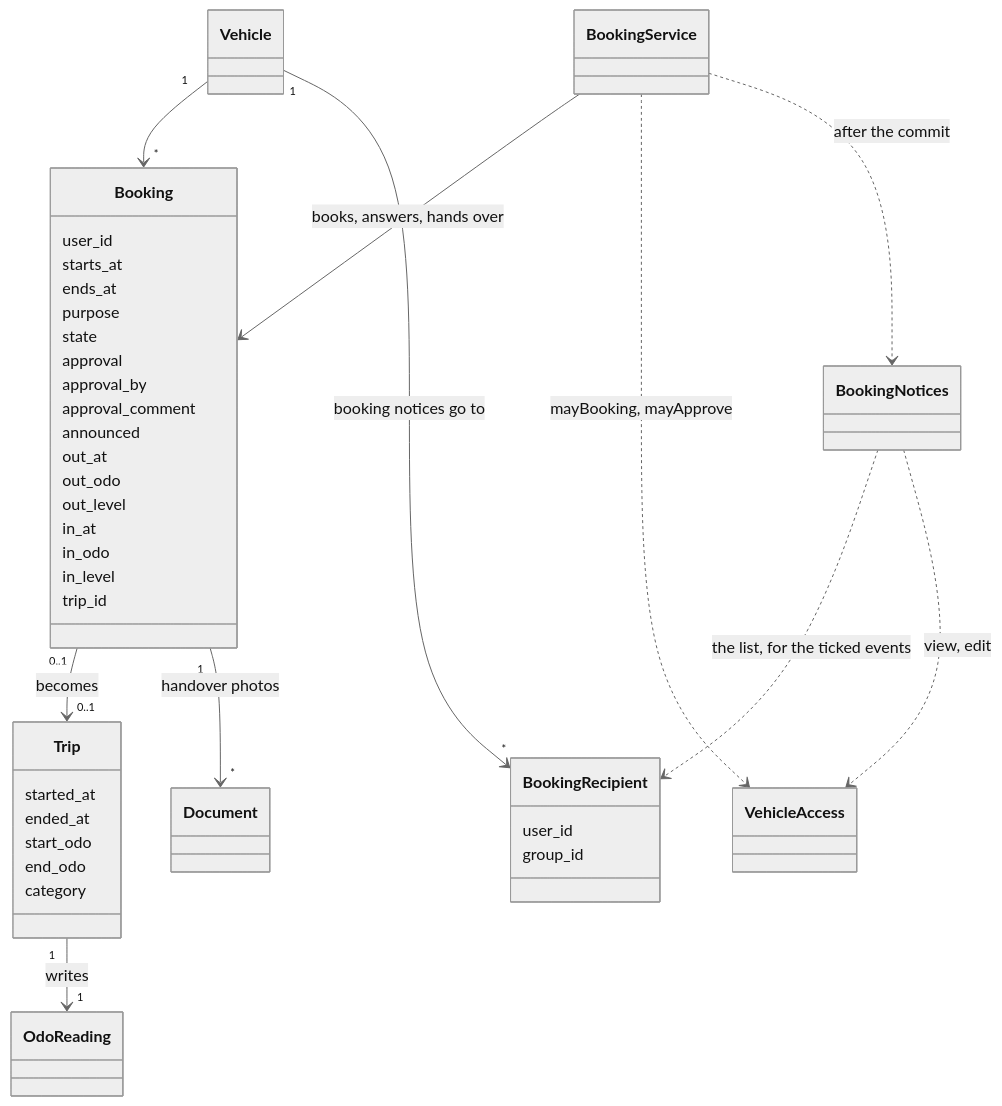
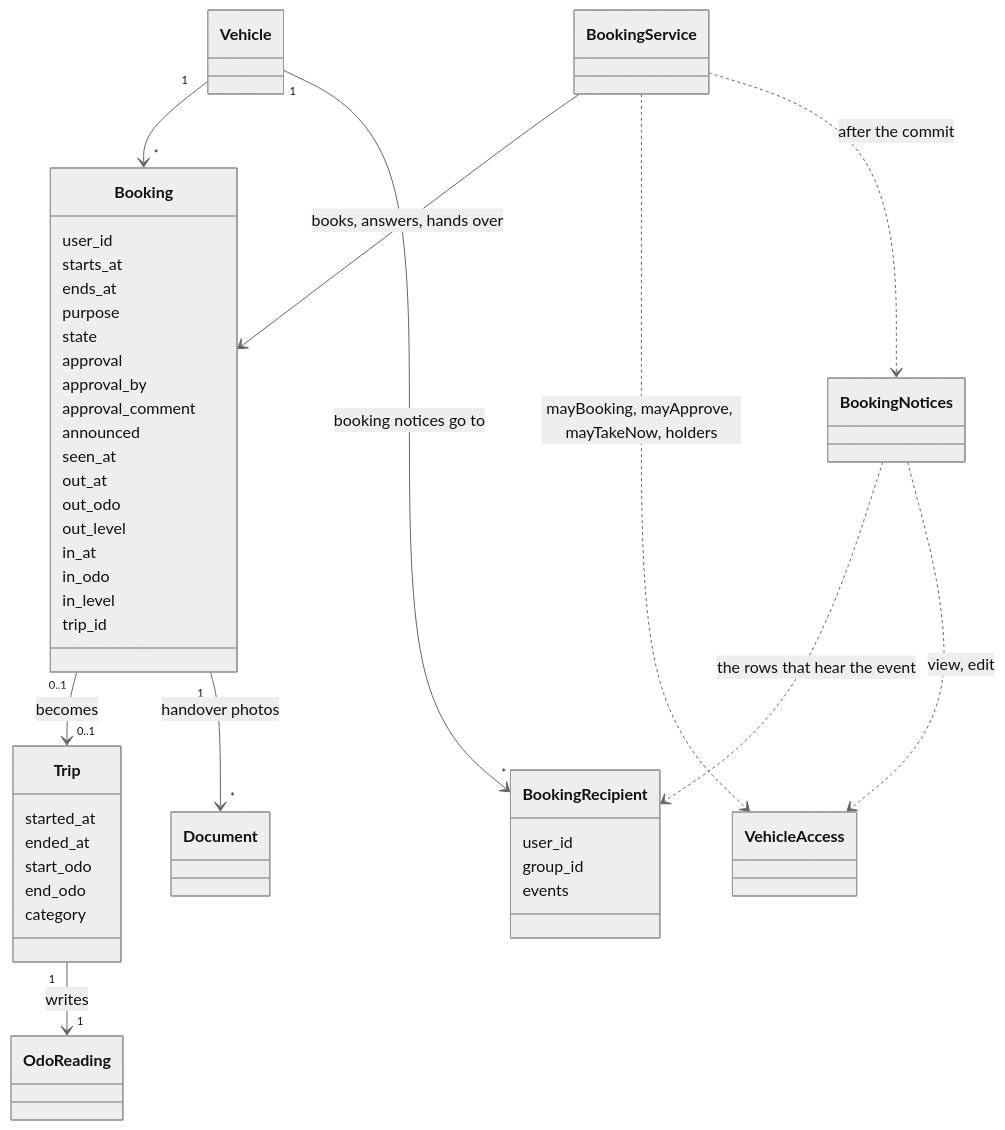
Before and after one commit to typical42/next-fleet: the fourth of 7 diagrams in docs/design/domain.md, drawn with Mermaid (neutral theme). The commit also changed other lines of this file and 136 other files, not shown here.

````diff
--- a/docs/design/domain.md
+++ b/docs/design/domain.md
@@ -218,44 +220,46 @@
 ```mermaid
 classDiagram
     class Booking {
         user_id
         starts_at
         ends_at
         purpose
         state
         approval
         approval_by
         approval_comment
         announced
+        seen_at
         out_at
         out_odo
         out_level
         in_at
         in_odo
         in_level
         trip_id
     }
     class Trip {
         started_at
         ended_at
         start_odo
         end_odo
         category
     }
     class BookingRecipient {
         user_id
         group_id
+        events
     }
     class BookingService
     class BookingNotices
     Vehicle "1" --> "*" Booking
     Vehicle "1" --> "*" BookingRecipient : booking notices go to
     Booking "0..1" --> "0..1" Trip : becomes
     Trip "1" --> "1" OdoReading : writes
     Booking "1" --> "*" Document : handover photos
     BookingService --> Booking : books, answers, hands over
-    BookingService ..> VehicleAccess : mayBooking, mayApprove
+    BookingService ..> VehicleAccess : mayBooking, mayApprove, mayTakeNow, holders
     BookingService ..> BookingNotices : after the commit
-    BookingNotices ..> BookingRecipient : the list, for the ticked events
+    BookingNotices ..> BookingRecipient : the rows that hear the event
     BookingNotices ..> VehicleAccess : view, edit
 ```
````
